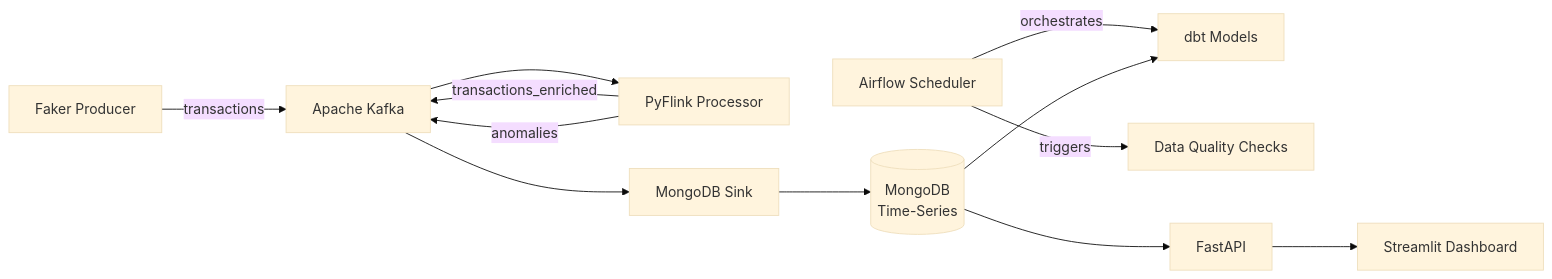
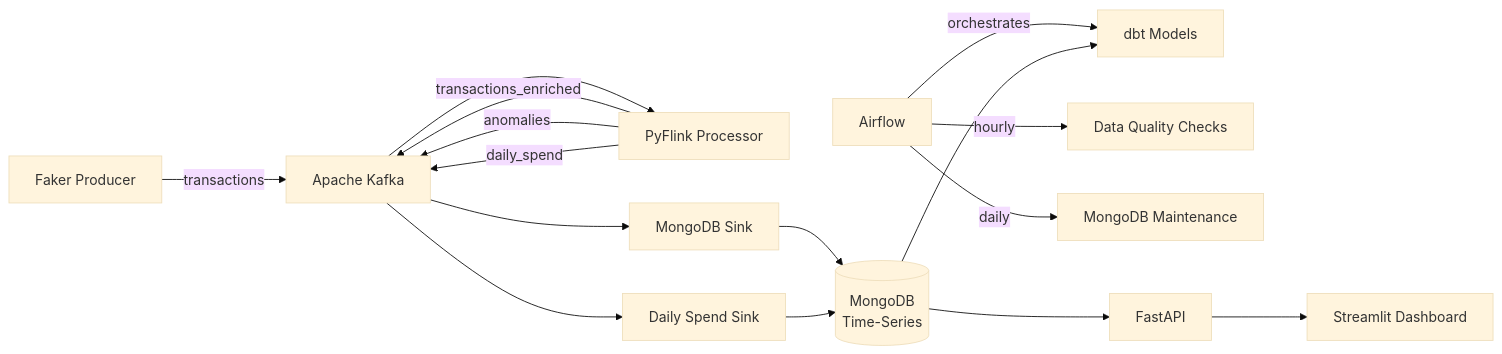
One commit to james-finn-travers/payments-streaming-platform changed the diagram in README.md. Above: the diagram before and after it, drawn with Mermaid (base theme). The commit also changed other lines of this file and 334 other files, not shown here.

Commit message:
added dags's for data quality, db maintenance, dbt models | added test suite | added dockerfiles | resolved various bugs

````diff
--- a/README.md
+++ b/README.md
@@ -11,14 +9,18 @@
 ```mermaid
 flowchart LR
     A[Faker Producer] -->|transactions| B[Apache Kafka]
     B --> C[PyFlink Processor]
     C -->|transactions_enriched| B
     C -->|anomalies| B
+    C -->|daily_spend| B
     B --> D[MongoDB Sink]
+    B --> DS[Daily Spend Sink]
     D --> E[(MongoDB\nTime-Series)]
-    I[Airflow Scheduler] -->|orchestrates| F[dbt Models]
-    I -->|triggers| J[Data Quality Checks]
+    DS --> E
+    I[Airflow] -->|orchestrates| F[dbt Models]
+    I -->|hourly| J[Data Quality Checks]
+    I -->|daily| K[MongoDB Maintenance]
     E --> F
     E --> G[FastAPI]
     G --> H[Streamlit Dashboard]
 ```
````
